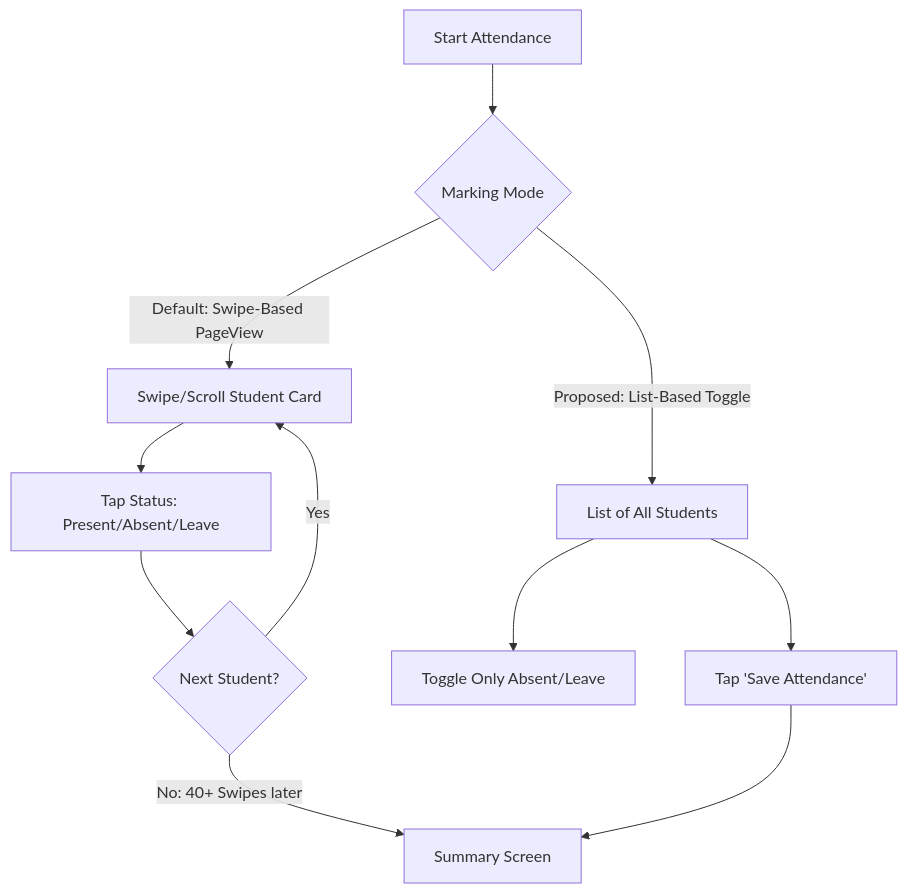
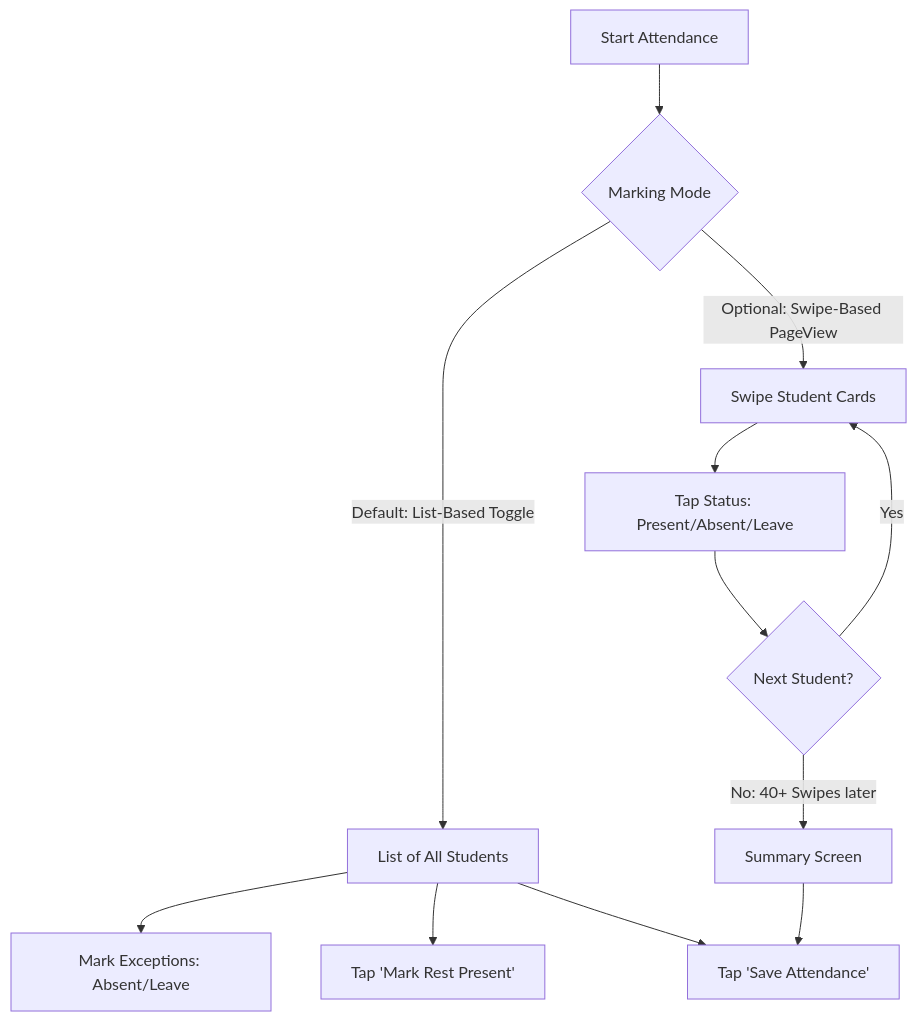
One commit to PandeyUpendra/school-attendance-app changed the diagram in UX_REPORT.md. Above: the diagram before and after it, drawn with Mermaid. The commit also changed other lines of this file and 4 other files, not shown here.

````diff
--- a/UX_REPORT.md
+++ b/UX_REPORT.md
@@ -26,14 +27,15 @@
   ```mermaid
   graph TD
       A[Start Attendance] --> B{Marking Mode}
-      B -->|Default: Swipe-Based PageView| C[Swipe/Scroll Student Card]
-      C --> D[Tap Status: Present/Absent/Leave]
-      D --> E{Next Student?}
-      E -->|Yes| C
-      E -->|No: 40+ Swipes later| F[Summary Screen]
+      B -->|Default: List-Based Toggle| C[List of All Students]
+      C --> D[Mark Exceptions: Absent/Leave]
+      C --> E[Tap 'Mark Rest Present']
+      C --> F[Tap 'Save Attendance']
       
-      B -->|Proposed: List-Based Toggle| G[List of All Students]
-      G --> H[Toggle Only Absent/Leave]
-      G --> I[Tap 'Save Attendance']
-      I --> F
+      B -->|Optional: Swipe-Based PageView| G[Swipe Student Cards]
+      G --> H[Tap Status: Present/Absent/Leave]
+      H --> I{Next Student?}
+      I -->|Yes| G
+      I -->|No: 40+ Swipes later| J[Summary Screen]
+      J --> F
   ```
````
